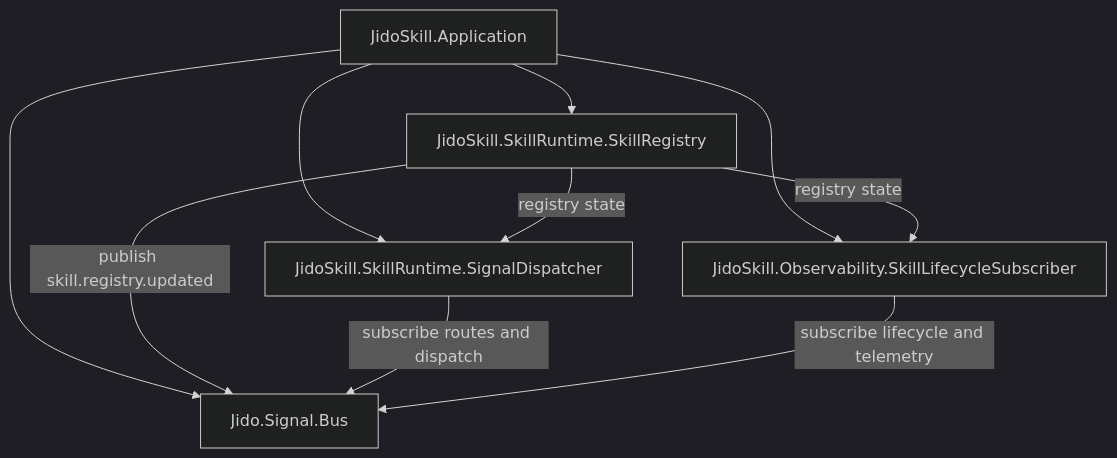
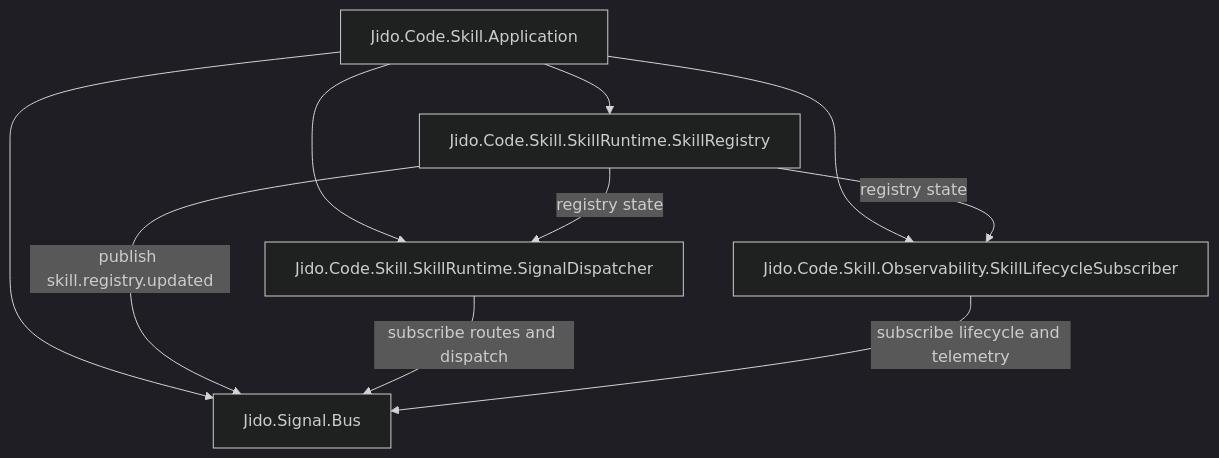
Before and after one commit to pcharbon70/jido_skill: the first of 2 diagrams in docs/developer/architecture-overview.md, drawn with Mermaid (dark theme). The commit also changed other lines of this file and 34 other files, not shown here.

Commit message:
Rename top-level namespace to Jido.Code.Skill

````diff
--- a/docs/developer/architecture-overview.md
+++ b/docs/developer/architecture-overview.md
@@ -16,14 +16,14 @@
 ```mermaid
 graph TD
-  A["JidoSkill.Application"] --> B["Jido.Signal.Bus"]
-  A --> C["JidoSkill.SkillRuntime.SkillRegistry"]
-  A --> D["JidoSkill.SkillRuntime.SignalDispatcher"]
-  A --> E["JidoSkill.Observability.SkillLifecycleSubscriber"]
+  A["Jido.Code.Skill.Application"] --> B["Jido.Signal.Bus"]
+  A --> C["Jido.Code.Skill.SkillRuntime.SkillRegistry"]
+  A --> D["Jido.Code.Skill.SkillRuntime.SignalDispatcher"]
+  A --> E["Jido.Code.Skill.Observability.SkillLifecycleSubscriber"]
 
   C -- "registry state" --> D
   C -- "registry state" --> E
 
   C -- "publish skill.registry.updated" --> B
   D -- "subscribe routes and dispatch" --> B
   E -- "subscribe lifecycle and telemetry" --> B
 ```
````
